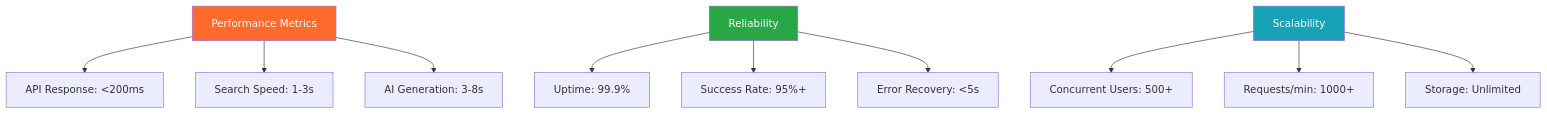
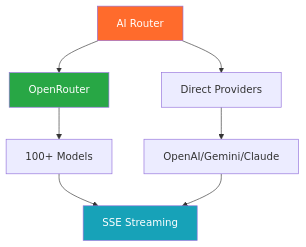
The sixth of 6 diagrams in README.md (Kedhareswer/thesisflow-ai), drawn with Mermaid before and after one commit. The commit also changed other lines of this file and 4 other files, not shown here.

````diff
--- a/README.md
+++ b/README.md
@@ -747,18 +526,13 @@
 ```mermaid
 graph TB
-    A[Performance Metrics] --> A1[API Response: <200ms]
-    A --> A2[Search Speed: 1-3s]
-    A --> A3[AI Generation: 3-8s]
-    
-    B[Reliability] --> B1[Uptime: 99.9%]
-    B --> B2[Success Rate: 95%+]
-    B --> B3[Error Recovery: <5s]
-    
-    C[Scalability] --> C1[Concurrent Users: 500+]
-    C --> C2[Requests/min: 1000+]
-    C --> C3[Storage: Unlimited]
+    A[AI Router] --> B[OpenRouter]
+    A --> C[Direct Providers]
+    B --> D[100+ Models]
+    C --> E[OpenAI/Gemini/Claude]
+    D --> F[SSE Streaming]
+    E --> F
     
     style A fill:#FF6B2C,color:#fff
     style B fill:#28a745,color:#fff
-    style C fill:#17a2b8,color:#fff
+    style F fill:#17a2b8,color:#fff
 ```
````
